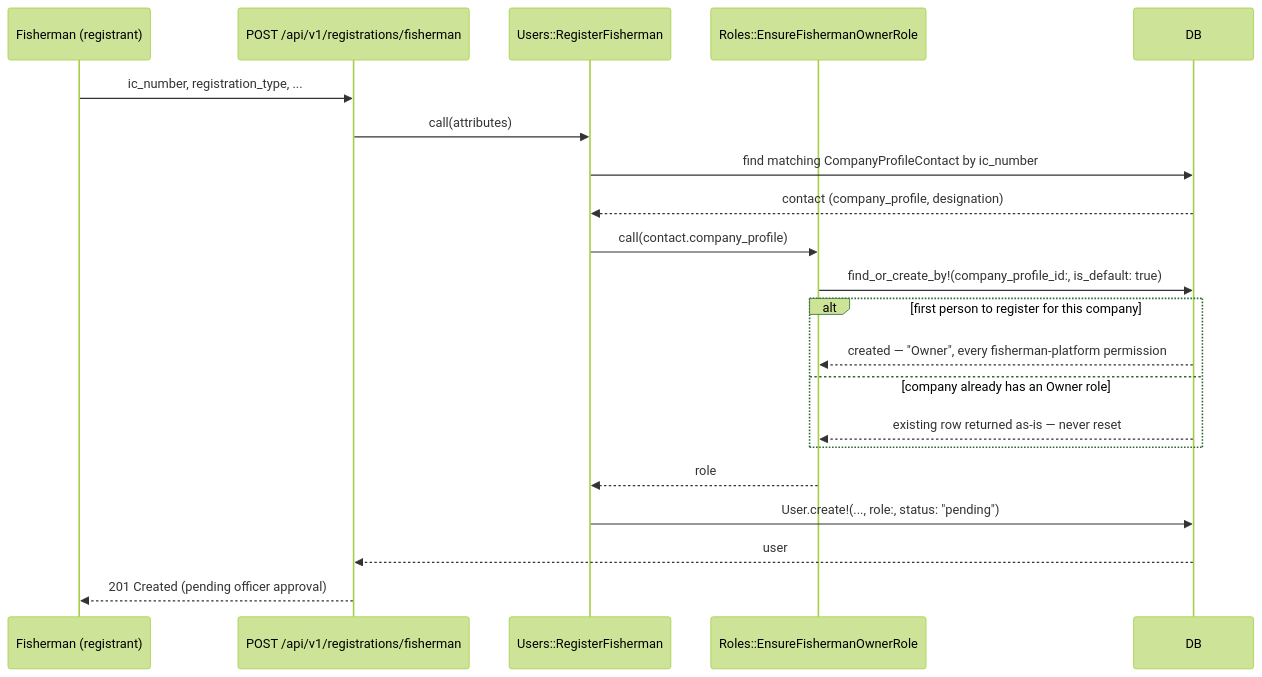
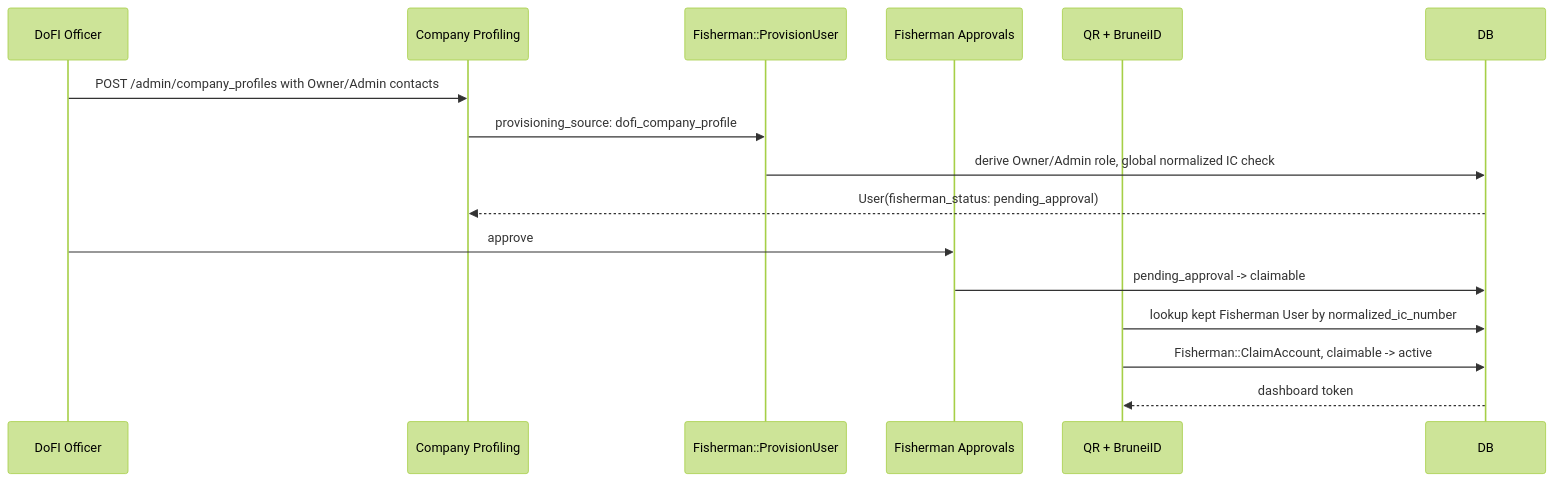
The fifth of 10 diagrams in docs/rbac/platform-company-isolation.md (arya020595/st_dofi_backend), drawn with Mermaid (forest theme) before and after one commit. The commit also changed other lines of this file and 47 other files, not shown here.

````diff
--- a/docs/rbac/platform-company-isolation.md
+++ b/docs/rbac/platform-company-isolation.md
@@ -596,24 +596,19 @@
 ```mermaid
 sequenceDiagram
-    participant F as Fisherman (registrant)
-    participant API as POST /api/v1/registrations/fisherman
-    participant Reg as Users::RegisterFisherman
-    participant Ensure as Roles::EnsureFishermanOwnerRole
+    participant Officer as DoFI Officer
+    participant Profile as Company Profiling
+    participant Provision as Fisherman::ProvisionUser
+    participant Approval as Fisherman Approvals
+    participant BID as QR + BruneiID
     participant DB
 
-    F->>API: ic_number, registration_type, ...
-    API->>Reg: call(attributes)
-    Reg->>DB: find matching CompanyProfileContact by ic_number
-    DB-->>Reg: contact (company_profile, designation)
-    Reg->>Ensure: call(contact.company_profile)
-    Ensure->>DB: find_or_create_by!(company_profile_id:, is_default: true)
-    alt first person to register for this company
-        DB-->>Ensure: created — "Owner", every fisherman-platform permission
-    else company already has an Owner role
-        DB-->>Ensure: existing row returned as-is — never reset
-    end
-    Ensure-->>Reg: role
-    Reg->>DB: User.create!(..., role:, status: "pending")
-    DB-->>API: user
-    API-->>F: 201 Created (pending officer approval)
+    Officer->>Profile: POST /admin/company_profiles with Owner/Admin contacts
+    Profile->>Provision: provisioning_source: dofi_company_profile
+    Provision->>DB: derive Owner/Admin role, global normalized IC check
+    DB-->>Profile: User(fisherman_status: pending_approval)
+    Officer->>Approval: approve
+    Approval->>DB: pending_approval -> claimable
+    BID->>DB: lookup kept Fisherman User by normalized_ic_number
+    BID->>DB: Fisherman::ClaimAccount, claimable -> active
+    DB-->>BID: dashboard token
 ```
````
